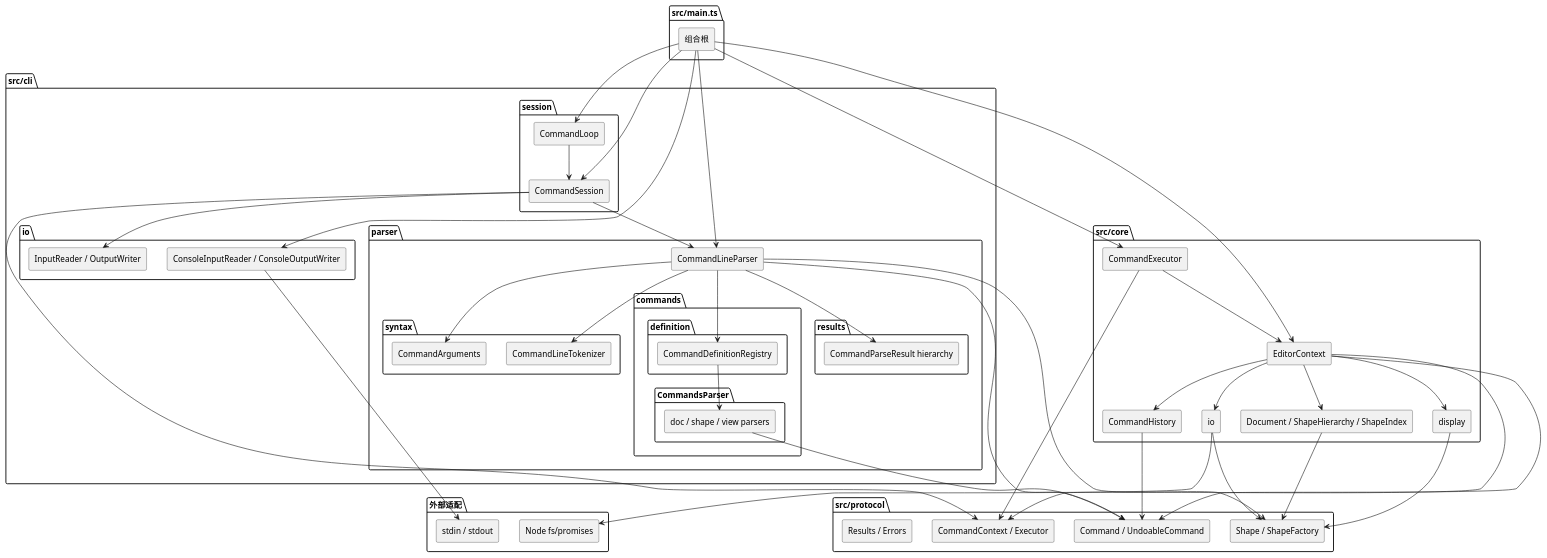
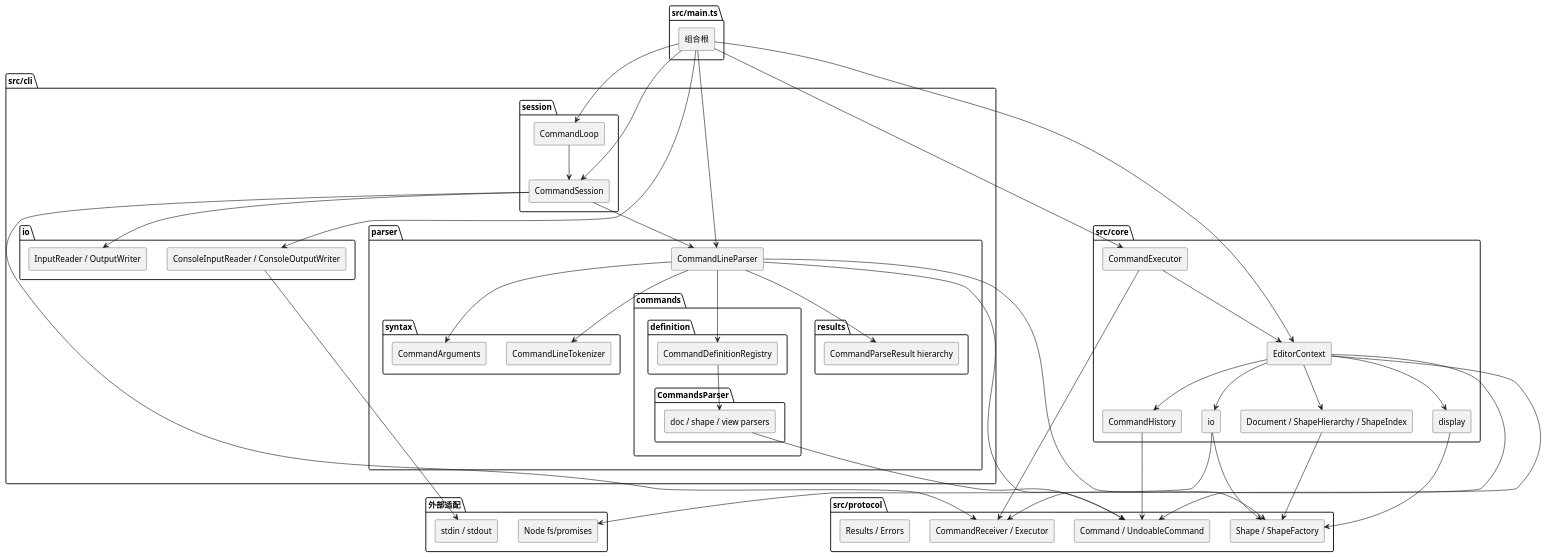
One commit to zhao-jingyan/SVG-Editor changed the diagram in doc/README.md. Above: the diagram before and after it, drawn with PlantUML. The commit also changed other lines of this file and 33 other files, not shown here.

Commit message:
refactor(protocol): 用 CommandReceiver 命名命令接收者

```diff
--- a/doc/README.md
+++ b/doc/README.md
@@ -69,7 +69,7 @@
 
 package "src/protocol" {
   [Command / UndoableCommand] as Command
-  [CommandContext / Executor] as Ports
+  [CommandReceiver / Executor] as Ports
   [Shape / ShapeFactory] as Shapes
   [Results / Errors] as Results
 }
```
